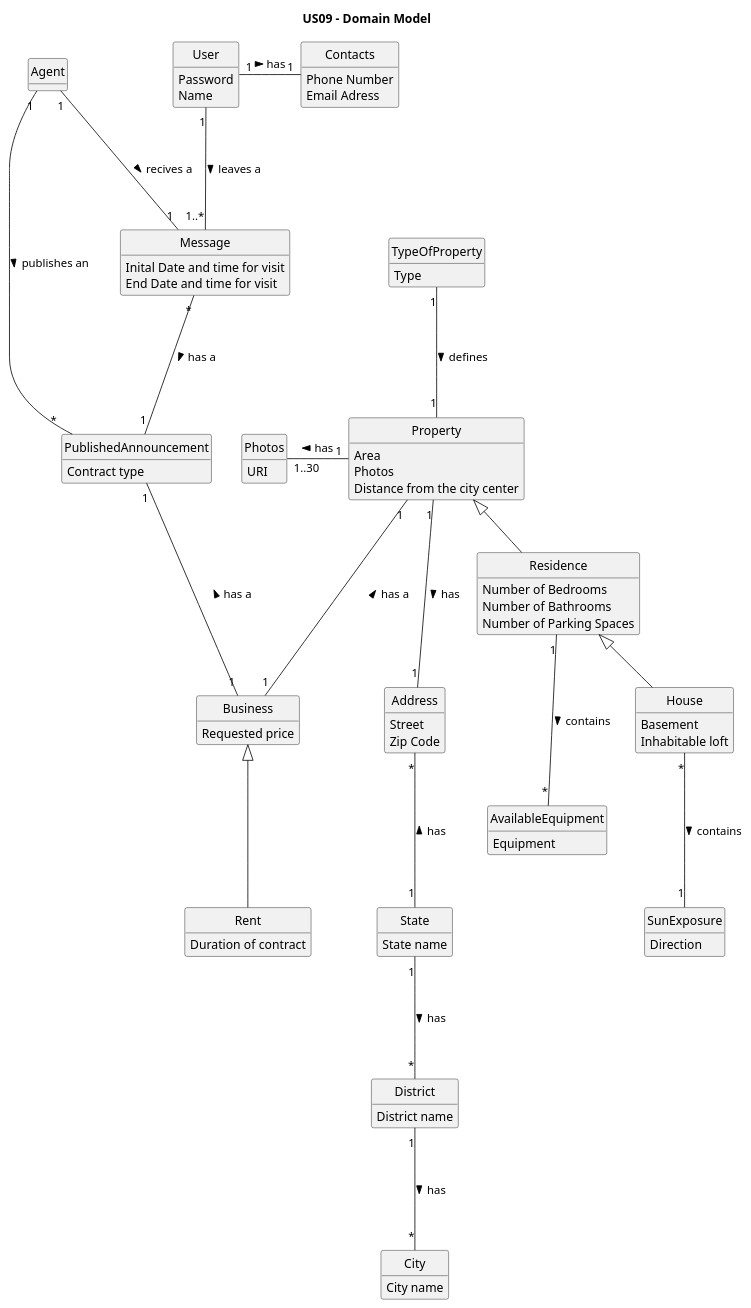
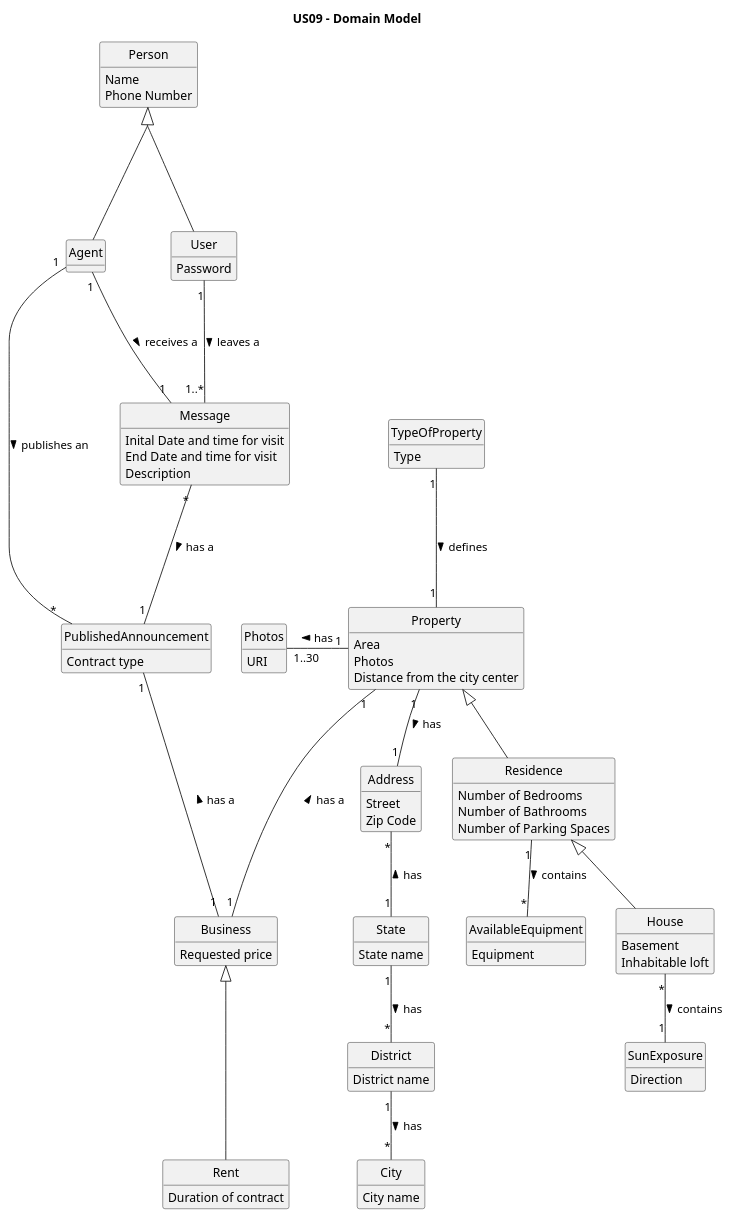
One commit to PureNimble/ISEP-LAPR2 changed the diagram in docs/sprintC/US09/02.analysis/puml/us09-domain-model.puml. Above: the diagram before and after it, drawn with PlantUML.

Commit message:
US09- Domain module update

```diff
--- a/docs/sprintC/US09/02.analysis/puml/us09-domain-model.puml
+++ b/docs/sprintC/US09/02.analysis/puml/us09-domain-model.puml
@@ -1,124 +1,127 @@
 @startuml
 
 skinparam groupInheritance 2
 skinparam monochrome true
 skinparam packageStyle rectangle
 skinparam shadowing false
 'skinparam linetype ortho
 'left to right direction
 skinparam classAttributeIconSize 0
 hide circle
 hide methods
 
 title US09 - Domain Model
 
 class Address {
     Street
     Zip Code
 }
 
 class City {
     City name
 }
 
 class District {
     District name
 }
 
 class State {
     State name
 }
 
-State "1" -down-- "*" District: has >
-District "1" -down-- "*" City: has >
-Address "*" -down-- "1" State: has <
+State "1" -down- "*" District: has >
+District "1" -down- "*" City: has >
+Address "*" -down- "1" State: has <
 
-class Contacts {
-    Phone Number
-    Email Adress
-}
 
 class User {
     Password
-    Name
 }
 
-User "1" -right-- "1" Contacts: has >
 
 class Residence {
     Number of Bedrooms
     Number of Bathrooms
     Number of Parking Spaces
 }
 
 class Property {
     Area
     Photos
     Distance from the city center
 }
 
 class TypeOfProperty{
     Type
 }
 
 class Photos {
     URI
 }
 
 class House {
     Basement
     Inhabitable loft
 }
 
 class SunExposure {
     Direction
 }
 
 class AvailableEquipment {
     Equipment
 }
 
 Residence <|-down- House
 Property <|-down- Residence
 Property "1" -left-- "1..30" Photos: has >
-SunExposure "1" -up-- "*" House: contains <
-Address "1" -up-- "1" Property: has <
-AvailableEquipment "*" -up-- "1" Residence: contains <
+SunExposure "1" -up- "*" House: contains <
+Address "1" -up- "1" Property: has <
+AvailableEquipment "*" -up- "1" Residence: contains <
 TypeOfProperty "1" -down-- "1" Property: defines >
 
 
 class Rent {
     Duration of contract
 }
 
 class Business {
     Requested price
 }
 
 class PublishedAnnouncement {
     Contract type
 }
 
 
 Property "1" --- "1" Business: has a <
 PublishedAnnouncement "1" --- "1" Business: has a <
 Business <|--- Rent
 
 class Message{
     Inital Date and time for visit
     End Date and time for visit
+    Description
 }
 
 class Agent{
 }
 
+class Person{
+Name
+Phone Number
+}
+
 Message "*" --- "1" PublishedAnnouncement: has a >
 User "1" --- "1..*" Message: leaves a >
-Agent "1" --- "1" Message: recives a >
+Agent "1" --- "1" Message: receives a >
 Agent "1" --- "*" PublishedAnnouncement: publishes an >
+Person  <|--- Agent
+Person <|--- User
+
 
 
 
 
 
 @enduml
```
